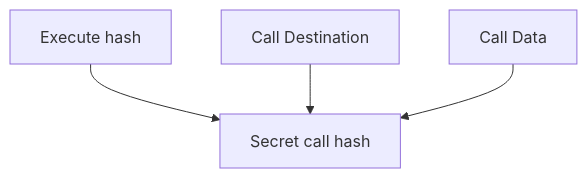
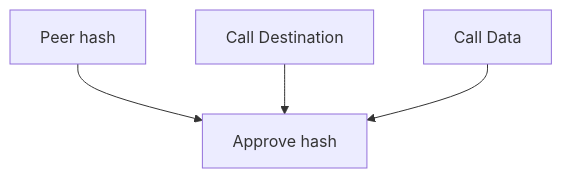
Before and after one commit to ethereum/EIPs: diagram 12 of 12 in EIPS/eip-2429.md, drawn with Mermaid. The commit also changed other lines of this file, not shown here.

Commit message:
update 2429 ABI and flow

````diff
--- a/EIPS/eip-2429.md
+++ b/EIPS/eip-2429.md
@@ -378,10 +379,10 @@
 ```mermaid
 	graph TB
-    hash_to_execute["Execute hash"]
+    hash_to_peer["Peer hash"]
     call_destination["Call Destination"]
     call_data["Call Data"]
-    secret_call["Secret call hash"]  
-    hash_to_execute --> secret_call;
-    call_destination --> secret_call; 
-    call_data --> secret_call; 
+    approve_hash["Approve hash"]  
+    hash_to_peer --> approve_hash;
+    call_destination --> approve_hash; 
+    call_data --> approve_hash; 
 ```
````
